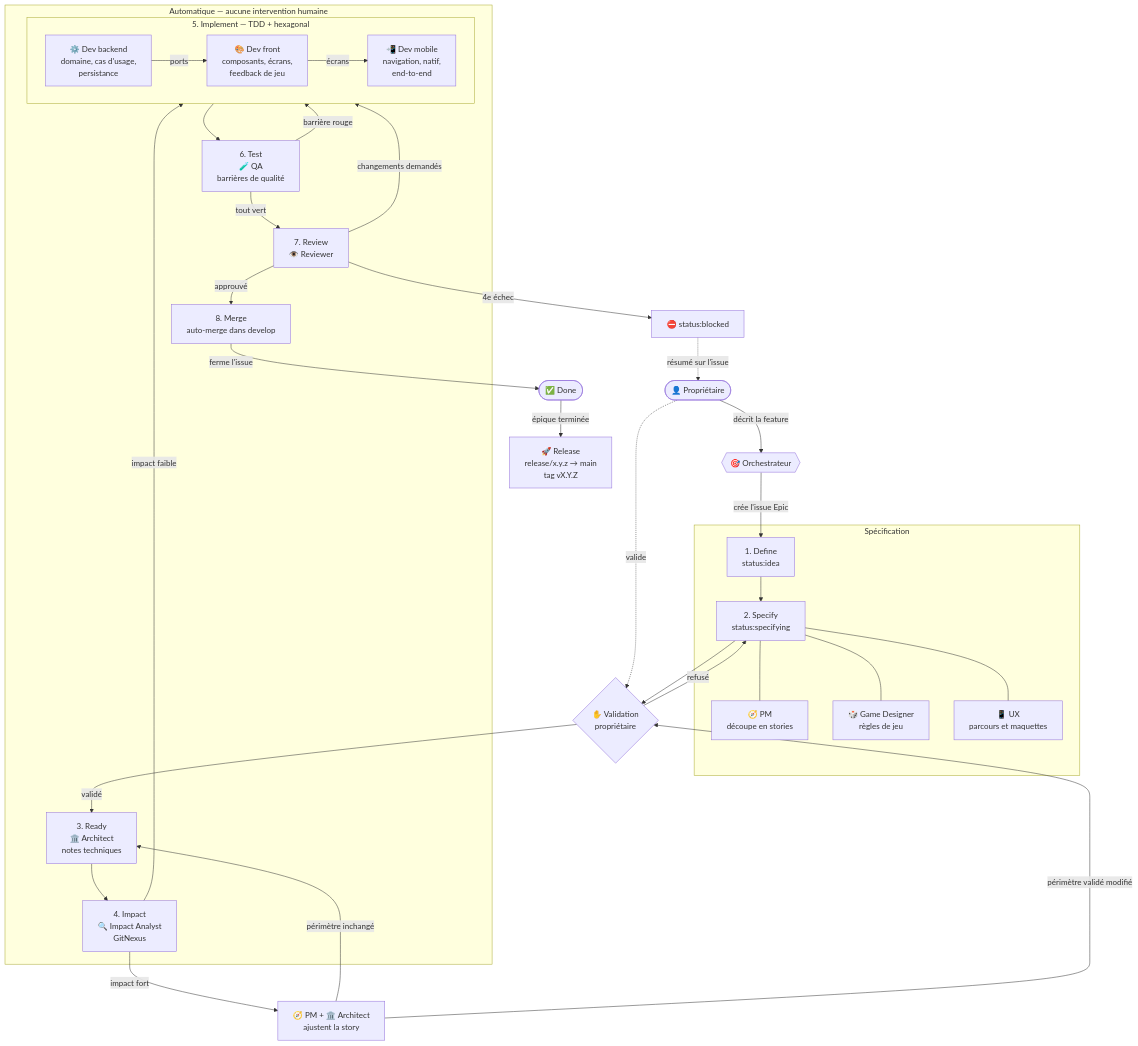
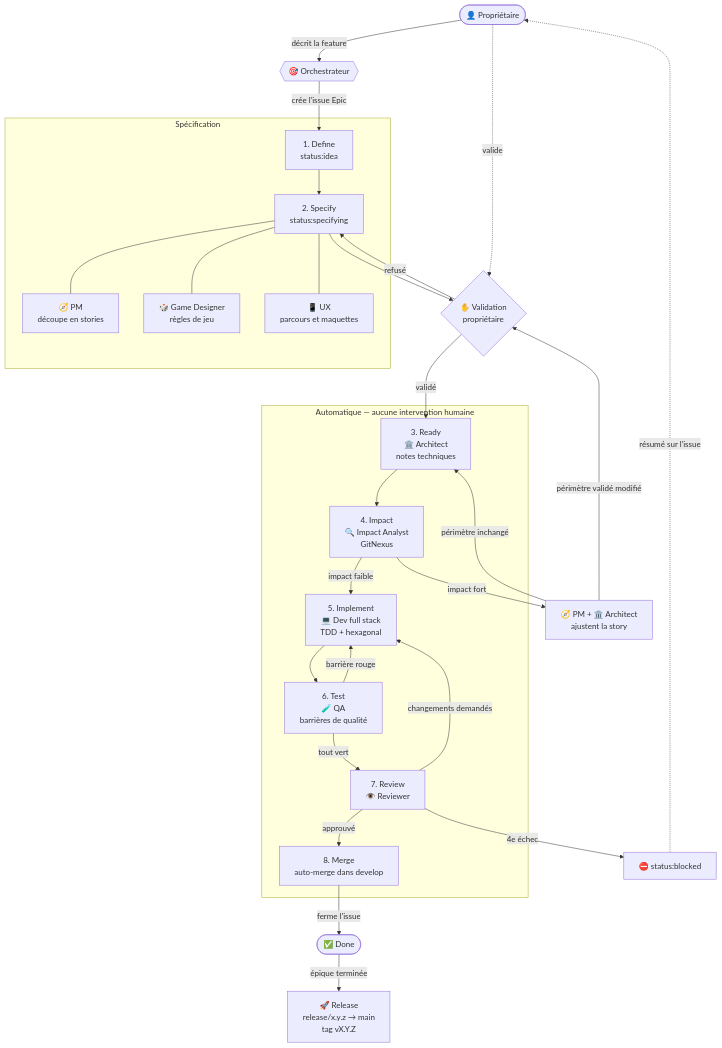
Before and after one commit to BPotet/ascent: the first of 2 diagrams in docs/workflow.md, drawn with Mermaid. The commit also changed other lines of this file and 15 other files, not shown here.

First line of the commit message:
chore(workflow): merge dev agents into one full-stack dev and add a fixer agent (#51)

````diff
--- a/docs/workflow.md
+++ b/docs/workflow.md
@@ -15,56 +15,50 @@
 ```mermaid
 flowchart TD
     OWNER([👤 Propriétaire])
     ORCH{{🎯 Orchestrateur}}
 
     OWNER -- décrit la feature --> ORCH
     ORCH -- crée l'issue Epic --> S1
 
     subgraph SPEC [" Spécification "]
         S1[1. Define<br/>status:idea]
         S2[2. Specify<br/>status:specifying]
         PM[🧭 PM<br/>découpe en stories]
         GD[🎲 Game Designer<br/>règles de jeu]
         UX[📱 UX<br/>parcours et maquettes]
         S1 --> S2
         S2 --- PM & GD & UX
     end
 
     S2 --> GATE1{✋ Validation<br/>propriétaire}
     OWNER -. valide .-> GATE1
     GATE1 -- refusé --> S2
     GATE1 -- validé --> S3
 
     subgraph AUTO [" Automatique — aucune intervention humaine "]
         S3[3. Ready<br/>🏛️ Architect<br/>notes techniques]
         S4[4. Impact<br/>🔍 Impact Analyst<br/>GitNexus]
-        subgraph S5 [" 5. Implement — TDD + hexagonal "]
-            direction LR
-            BE[⚙️ Dev backend<br/>domaine, cas d'usage,<br/>persistance]
-            FE[🎨 Dev front<br/>composants, écrans,<br/>feedback de jeu]
-            MO[📲 Dev mobile<br/>navigation, natif,<br/>end-to-end]
-            BE -- ports --> FE -- écrans --> MO
-        end
+        S5[5. Implement<br/>💻 Dev full stack<br/>TDD + hexagonal]
         S6[6. Test<br/>🧪 QA<br/>barrières de qualité]
         S7[7. Review<br/>👁️ Reviewer]
         S8[8. Merge<br/>auto-merge dans develop]
 
         S3 --> S4
         S4 -- impact faible --> S5
         S5 --> S6
         S6 -- barrière rouge --> S5
         S6 -- tout vert --> S7
         S7 -- changements demandés --> S5
         S7 -- approuvé --> S8
     end
 
     S4 -- impact fort --> ESC[🧭 PM + 🏛️ Architect<br/>ajustent la story]
     ESC -- périmètre inchangé --> S3
     ESC -- périmètre validé modifié --> GATE1
 
     S7 -- 4e échec --> BLOCK[⛔ status:blocked]
     BLOCK -. résumé sur l'issue .-> OWNER
 
     S8 -- ferme l'issue --> DONE([✅ Done])
     DONE -- épique terminée --> REL[🚀 Release<br/>release/x.y.z → main<br/>tag vX.Y.Z]
 ```
````
